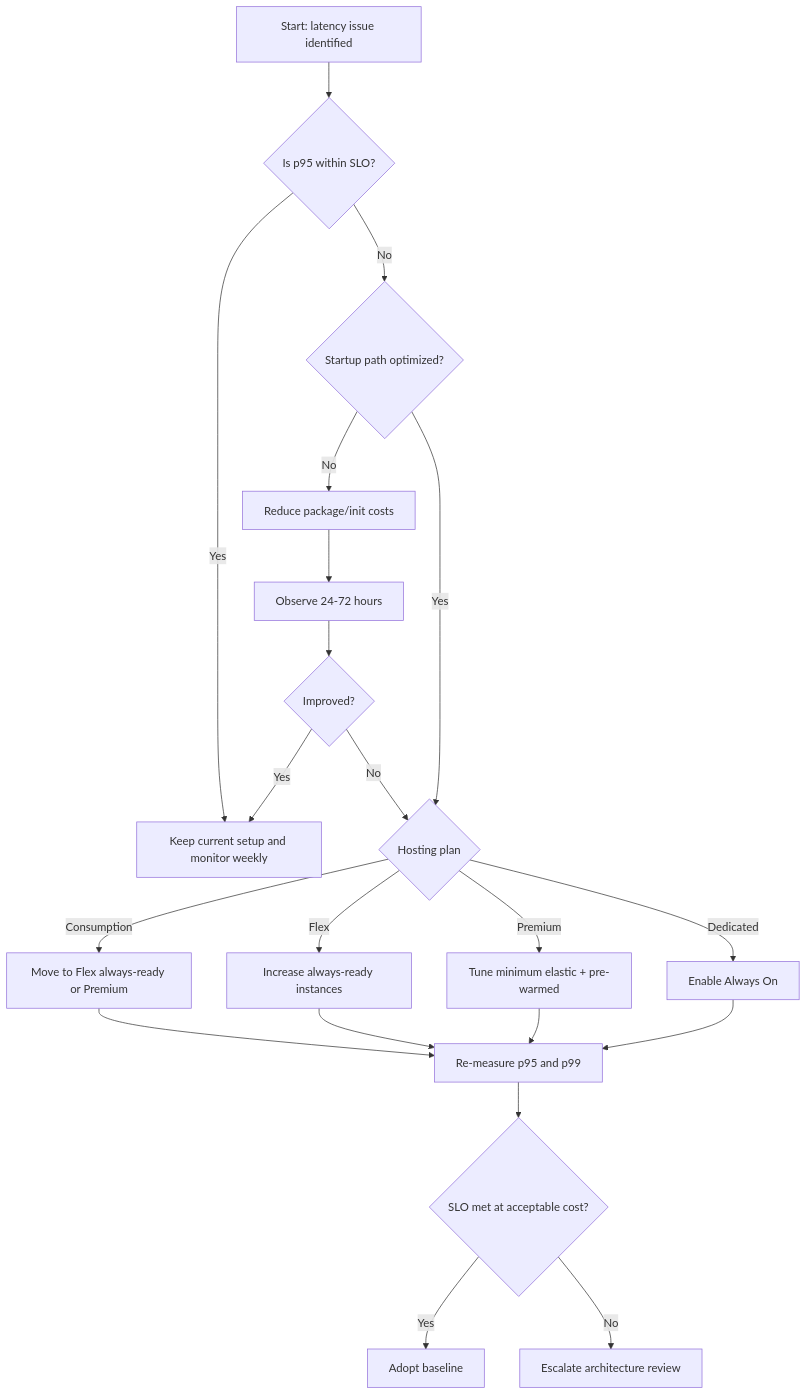
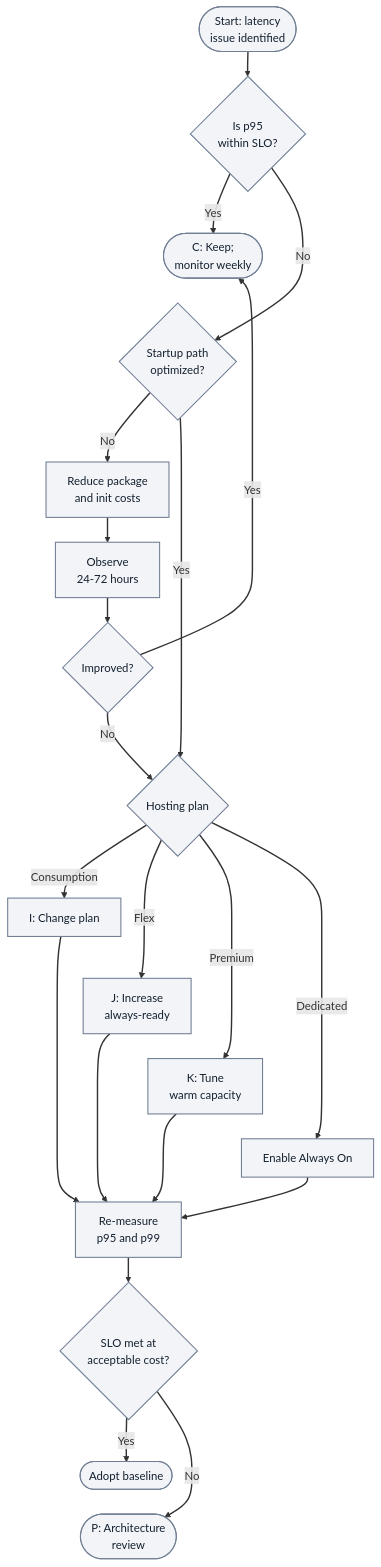
Before and after one commit to yeongseon/azure-functions-practical-guide: the second of 2 diagrams in docs/operations/cold-start.md, drawn with Mermaid. The commit also changed other lines of this file and 3 other files, not shown here.

First line of the commit message:
docs(diagrams): migrate Functions scaling and cold start — scaling and cold start and related pages (#428)

````diff
--- a/docs/operations/cold-start.md
+++ b/docs/operations/cold-start.md
@@ -297,23 +316,35 @@
 ```mermaid
+%%{init: {'flowchart': {'nodeSpacing': 15, 'rankSpacing': 35}}}%%
 flowchart TD
-    A[Start: latency issue identified] --> B{Is p95 within SLO?}
-    B -->|Yes| C[Keep current setup and monitor weekly]
-    B -->|No| D{Startup path optimized?}
-    D -->|No| E["Reduce package/init costs"]
-    E --> F[Observe 24-72 hours]
-    F --> G{Improved?}
+    accTitle: Cold start mitigation decisions
+    accDescr: Illustrative operational guide, not proof that startup caused latency. A p95 SLO check leads to weekly monitoring or startup optimization. Reassess after the illustrative 24-to-72-hour window, then choose Consumption, Flex, Premium or Dedicated mitigation when needed. Improvement returns to monitoring. After plan-specific mitigation, re-measure p95 and p99; adopt the baseline if SLO and cost are acceptable, otherwise seek architecture review. Every Yes/No branch remains explicit.
+    A(["Start: latency<br/>issue identified"]) --> B{"Is p95<br/>within SLO?"}
+    B -->|Yes| C(["C: Keep;<br/>monitor weekly"])
+    B -->|No| D{"Startup path<br/>optimized?"}
+    D -->|No| E["Reduce package<br/>and init costs"]
+    E --> F["Observe<br/>24-72 hours"]
+    F --> G{"Improved?"}
     G -->|Yes| C
-    G -->|No| H{Hosting plan}
+    G -->|No| H{"Hosting plan"}
     D -->|Yes| H
-    H -->|Consumption| I[Move to Flex always-ready or Premium]
-    H -->|Flex| J[Increase always-ready instances]
-    H -->|Premium| K[Tune minimum elastic + pre-warmed]
-    H -->|Dedicated| L[Enable Always On]
-    I --> M[Re-measure p95 and p99]
+    H -->|Consumption| I["I: Change plan"]
+    H -->|Flex| J["J: Increase<br/>always-ready"]
+    H -->|Premium| K["K: Tune<br/>warm capacity"]
+    H -->|Dedicated| L["Enable Always On"]
+    I --> M["Re-measure<br/>p95 and p99"]
     J --> M
     K --> M
     L --> M
-    M --> N{SLO met at acceptable cost?}
-    N -->|Yes| O[Adopt baseline]
-    N -->|No| P[Escalate architecture review]
+    M --> N{"SLO met at<br/>acceptable cost?"}
+    N -->|Yes| O(["Adopt baseline"])
+    N -->|No| P(["P: Architecture<br/>review"])
+    %% Layout-only links tier alternatives; they add no operational steps or semantic arrows.
+    C ~~~ D
+    I ~~~ J
+    J ~~~ K
+    K ~~~ L
+    O ~~~ P
+    classDef baseNeutral fill:#f2f4f8,stroke:#707e93,stroke-width:1.5px,color:#14202e;
+    class A,B,C,D,E,F,G,H,I,J,K,L,M,N,O,P baseNeutral;
+    linkStyle default stroke-width:2px;
 ```
````
